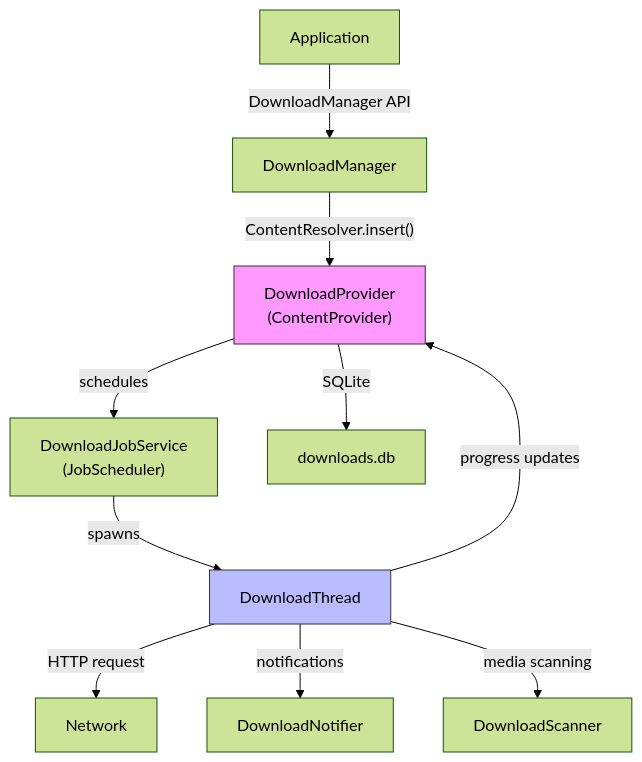
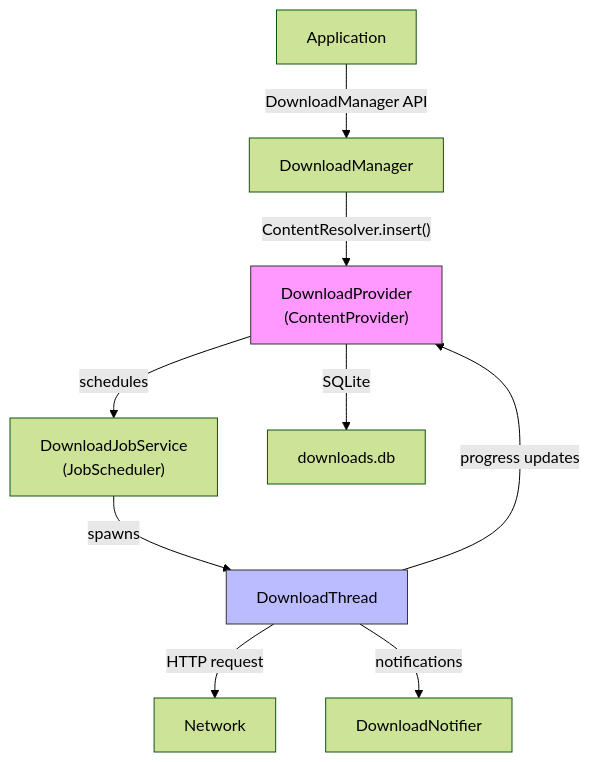
Before and after one commit to aospbooks/aosp-internal-book: diagram 22 of 24 in agents/claude/skills/aosp-framework-core/20-system-server.md, drawn with Mermaid (forest theme). The commit also changed other lines of this file and 218 other files, not shown here.

````diff
--- a/agents/claude/skills/aosp-framework-core/20-system-server.md
+++ b/agents/claude/skills/aosp-framework-core/20-system-server.md
@@ -4495,15 +4539,14 @@
 ```mermaid
 graph TD
     App["Application"] -->|"DownloadManager API"| DM["DownloadManager"]
     DM -->|"ContentResolver.insert()"| DP["DownloadProvider<br/>(ContentProvider)"]
     DP -->|"schedules"| JS["DownloadJobService<br/>(JobScheduler)"]
     JS -->|"spawns"| DT["DownloadThread"]
     DT -->|"HTTP request"| Net["Network"]
     DT -->|"progress updates"| DP
     DT -->|"notifications"| DN["DownloadNotifier"]
-    DT -->|"media scanning"| DS["DownloadScanner"]
     DP -->|"SQLite"| DB["downloads.db"]
 
     style DP fill:#f9f,stroke:#333
     style DT fill:#bbf,stroke:#333
 ```
````
